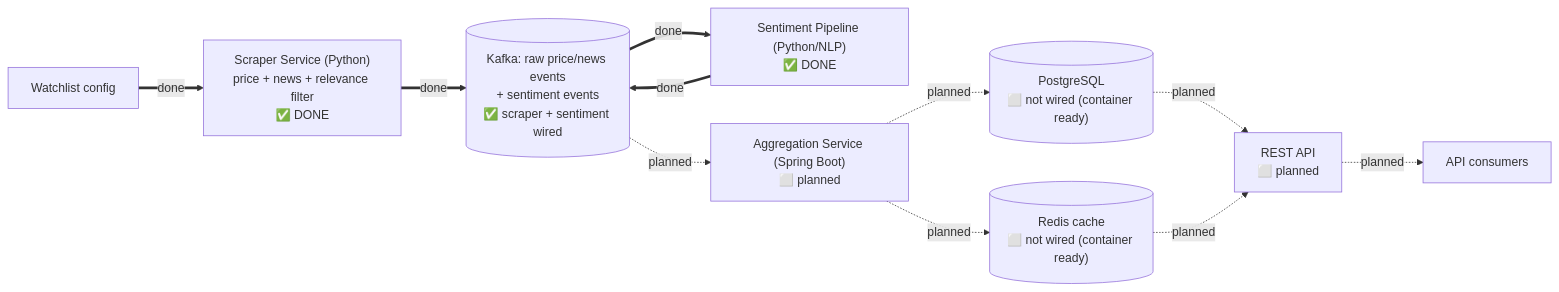
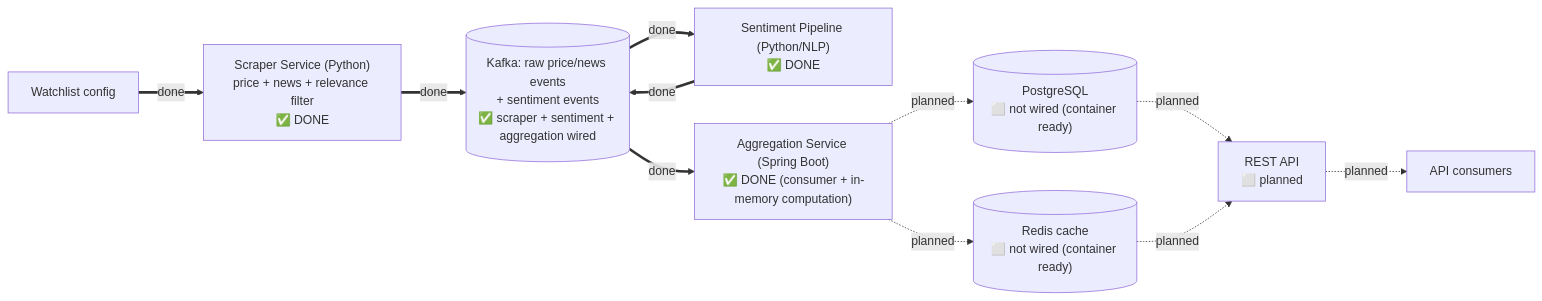
The diagram in docs/architecture/system-overview.md (shreyansgosalia18/marketpulse), drawn with Mermaid before and after one commit. The commit also changed other lines of this file and 31 other files, not shown here.

````diff
--- a/docs/architecture/system-overview.md
+++ b/docs/architecture/system-overview.md
@@ -7,23 +7,23 @@
 ```mermaid
 flowchart LR
     WL["Watchlist config"]
     SC["Scraper Service (Python)<br/>price + news + relevance filter<br/>✅ DONE"]
     SENT["Sentiment Pipeline (Python/NLP)<br/>✅ DONE"]
-    KAFKA[("Kafka: raw price/news events<br/>+ sentiment events<br/>✅ scraper + sentiment wired")]
-    AGG["Aggregation Service (Spring Boot)<br/>⬜ planned"]
+    KAFKA[("Kafka: raw price/news events<br/>+ sentiment events<br/>✅ scraper + sentiment + aggregation wired")]
+    AGG["Aggregation Service (Spring Boot)<br/>✅ DONE (consumer + in-memory computation)"]
     PG[("PostgreSQL<br/>⬜ not wired (container ready)")]
     REDIS[("Redis cache<br/>⬜ not wired (container ready)")]
     API["REST API<br/>⬜ planned"]
     CONSUMERS["API consumers"]
 
     WL ==>|done| SC
     SC ==>|done| KAFKA
     KAFKA ==>|done| SENT
     SENT ==>|done| KAFKA
-    KAFKA -.->|planned| AGG
+    KAFKA ==>|done| AGG
     AGG -.->|planned| PG
     AGG -.->|planned| REDIS
     PG -.->|planned| API
     REDIS -.->|planned| API
     API -.->|planned| CONSUMERS
 ```
````
